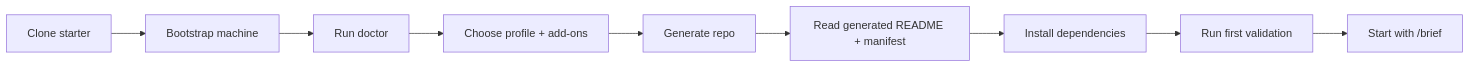
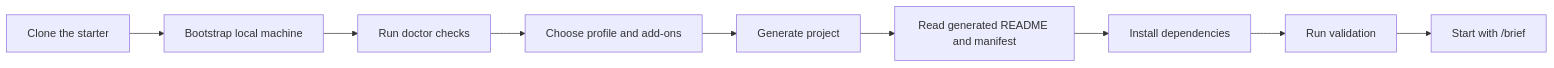
The diagram in README.md (williamceccon/spec-driven-development-starter-pack), drawn with Mermaid before and after one commit. The commit also changed other lines of this file and 5 other files, not shown here.

````diff
--- a/README.md
+++ b/README.md
@@ -99,11 +136,11 @@
 ```mermaid
 flowchart LR
-    A["Clone starter"] --> B["Bootstrap machine"]
-    B --> C["Run doctor"]
-    C --> D["Choose profile + add-ons"]
-    D --> E["Generate repo"]
-    E --> F["Read generated README + manifest"]
+    A["Clone the starter"] --> B["Bootstrap local machine"]
+    B --> C["Run doctor checks"]
+    C --> D["Choose profile and add-ons"]
+    D --> E["Generate project"]
+    E --> F["Read generated README and manifest"]
     F --> G["Install dependencies"]
-    G --> H["Run first validation"]
+    G --> H["Run validation"]
     H --> I["Start with /brief"]
 ```
````
